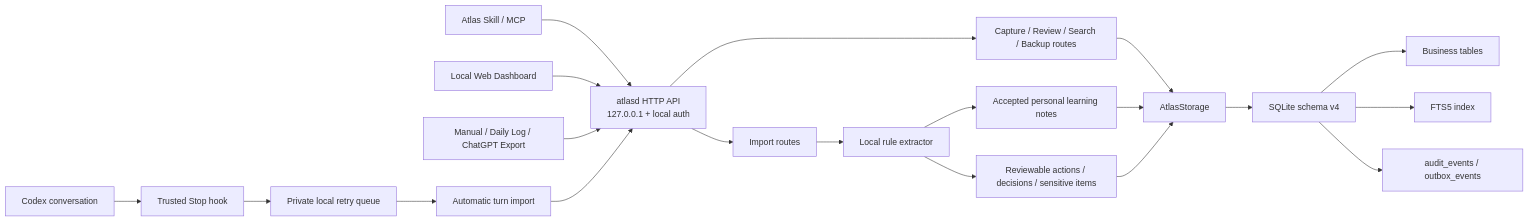
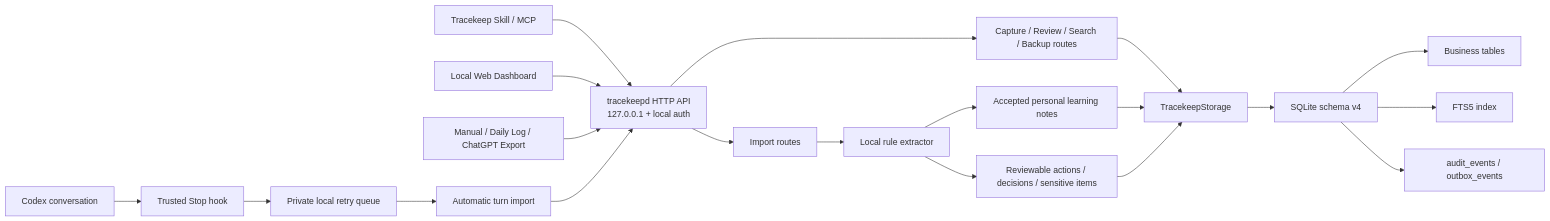
Before and after one commit to randyhe/tracekeep: the first of 2 diagrams in docs/technical-reference.md, drawn with Mermaid. The commit also changed other lines of this file and 125 other files, not shown here.

First line of the commit message:
Rename Atlas to Tracekeep (#21)

````diff
--- a/docs/technical-reference.md
+++ b/docs/technical-reference.md
@@ -7,24 +7,24 @@
 ```mermaid
 flowchart LR
     Codex["Codex conversation"] --> Stop["Trusted Stop hook"]
     Stop --> Queue["Private local retry queue"]
     Queue --> Turn["Automatic turn import"]
-    Skill["Atlas Skill / MCP"] --> API
+    Skill["Tracekeep Skill / MCP"] --> API
     Web["Local Web Dashboard"] --> API
     Imports["Manual / Daily Log / ChatGPT Export"] --> API
 
-    API["atlasd HTTP API<br/>127.0.0.1 + local auth"] --> Standard["Capture / Review / Search / Backup routes"]
+    API["tracekeepd HTTP API<br/>127.0.0.1 + local auth"] --> Standard["Capture / Review / Search / Backup routes"]
     API --> ImportRoutes["Import routes"]
     Turn --> API
     ImportRoutes --> Extractor["Local rule extractor"]
     Extractor --> References["Accepted personal learning notes"]
     Extractor --> Review["Reviewable actions / decisions / sensitive items"]
 
-    Standard --> Storage["AtlasStorage"]
+    Standard --> Storage["TracekeepStorage"]
     References --> Storage
     Review --> Storage
     Storage --> SQLite["SQLite schema v4"]
     SQLite --> Business["Business tables"]
     SQLite --> FTS["FTS5 index"]
     SQLite --> Events["audit_events / outbox_events"]
 ```
````
